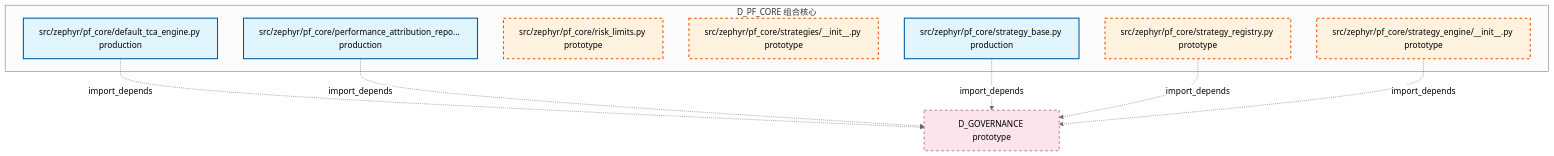
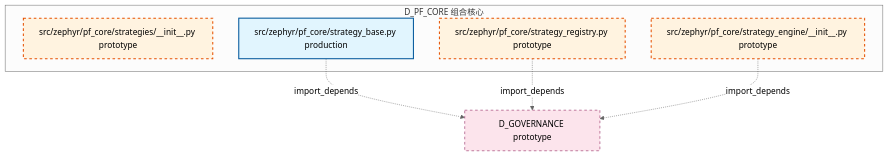
Before and after one commit to xuanFelixVan/ZephyrAlpha: the second of 2 diagrams in docs/02_enterprise_architecture/02_domain_architecture_docs/45_d_pf_core.md, drawn with Mermaid (neutral theme). The commit also changed other lines of this file and 105 other files, not shown here.

````diff
--- a/docs/02_enterprise_architecture/02_domain_architecture_docs/45_d_pf_core.md
+++ b/docs/02_enterprise_architecture/02_domain_architecture_docs/45_d_pf_core.md
@@ -99,25 +97,20 @@
 ```mermaid
 graph TD
     subgraph D_PF_CORE["D_PF_CORE 组合核心"]
-        src_zephyr_pf_core_default_tca_engine_py["src/zephyr/pf_core/default_tca_engine.py production"]
-        src_zephyr_pf_core_performance_attribution_report_py["src/zephyr/pf_core/performance_attribution_repo... production"]
-        src_zephyr_pf_core_risk_limits_py["src/zephyr/pf_core/risk_limits.py prototype"]
         src_zephyr_pf_core_strategies_init_py["src/zephyr/pf_core/strategies/__init__.py prototype"]
         src_zephyr_pf_core_strategy_base_py["src/zephyr/pf_core/strategy_base.py production"]
         src_zephyr_pf_core_strategy_engine_init_py["src/zephyr/pf_core/strategy_engine/__init__.py prototype"]
         src_zephyr_pf_core_strategy_registry_py["src/zephyr/pf_core/strategy_registry.py prototype"]
     end
     D_GOVERNANCE["D_GOVERNANCE prototype"]
-    src_zephyr_pf_core_default_tca_engine_py -.->|import_depends| D_GOVERNANCE
-    src_zephyr_pf_core_performance_attribution_report_py -.->|import_depends| D_GOVERNANCE
     src_zephyr_pf_core_strategy_base_py -.->|import_depends| D_GOVERNANCE
     src_zephyr_pf_core_strategy_registry_py -.->|import_depends| D_GOVERNANCE
     src_zephyr_pf_core_strategy_engine_init_py -.->|import_depends| D_GOVERNANCE
     classDef production fill:#e1f5fe,stroke:#01579b,stroke-width:2px,color:#000
     classDef design fill:#fff3e0,stroke:#e65100,stroke-width:2px,color:#000,stroke-dasharray: 5 5
     classDef external_prod fill:#e8f5e9,stroke:#1b5e20,stroke-width:1px,color:#000
     classDef external_design fill:#fce4ec,stroke:#880e4f,stroke-width:1px,color:#000,stroke-dasharray: 5 5
-    class src_zephyr_pf_core_default_tca_engine_py,src_zephyr_pf_core_performance_attribution_report_py,src_zephyr_pf_core_strategy_base_py production
-    class src_zephyr_pf_core_risk_limits_py,src_zephyr_pf_core_strategies_init_py,src_zephyr_pf_core_strategy_engine_init_py,src_zephyr_pf_core_strategy_registry_py design
+    class src_zephyr_pf_core_strategy_base_py production
+    class src_zephyr_pf_core_strategies_init_py,src_zephyr_pf_core_strategy_engine_init_py,src_zephyr_pf_core_strategy_registry_py design
     class D_GOVERNANCE external_design
 ```
````
